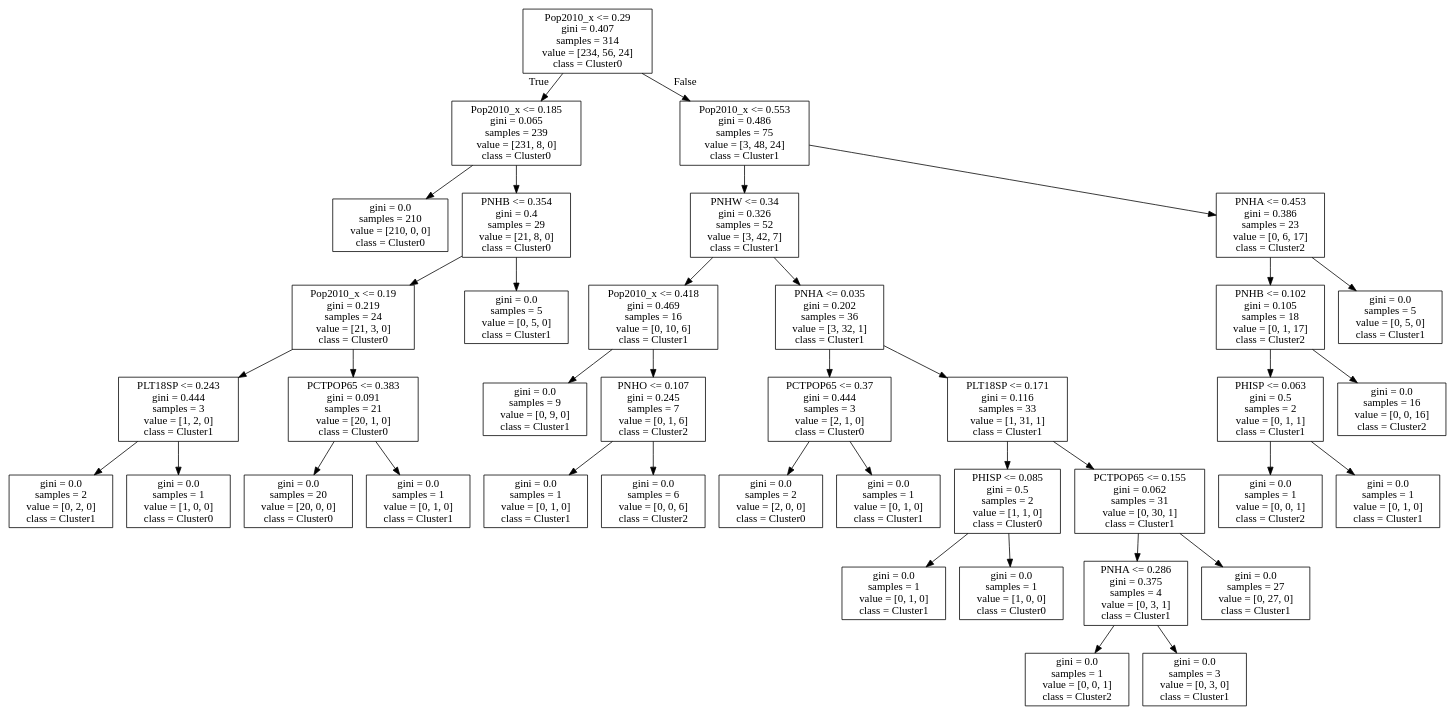
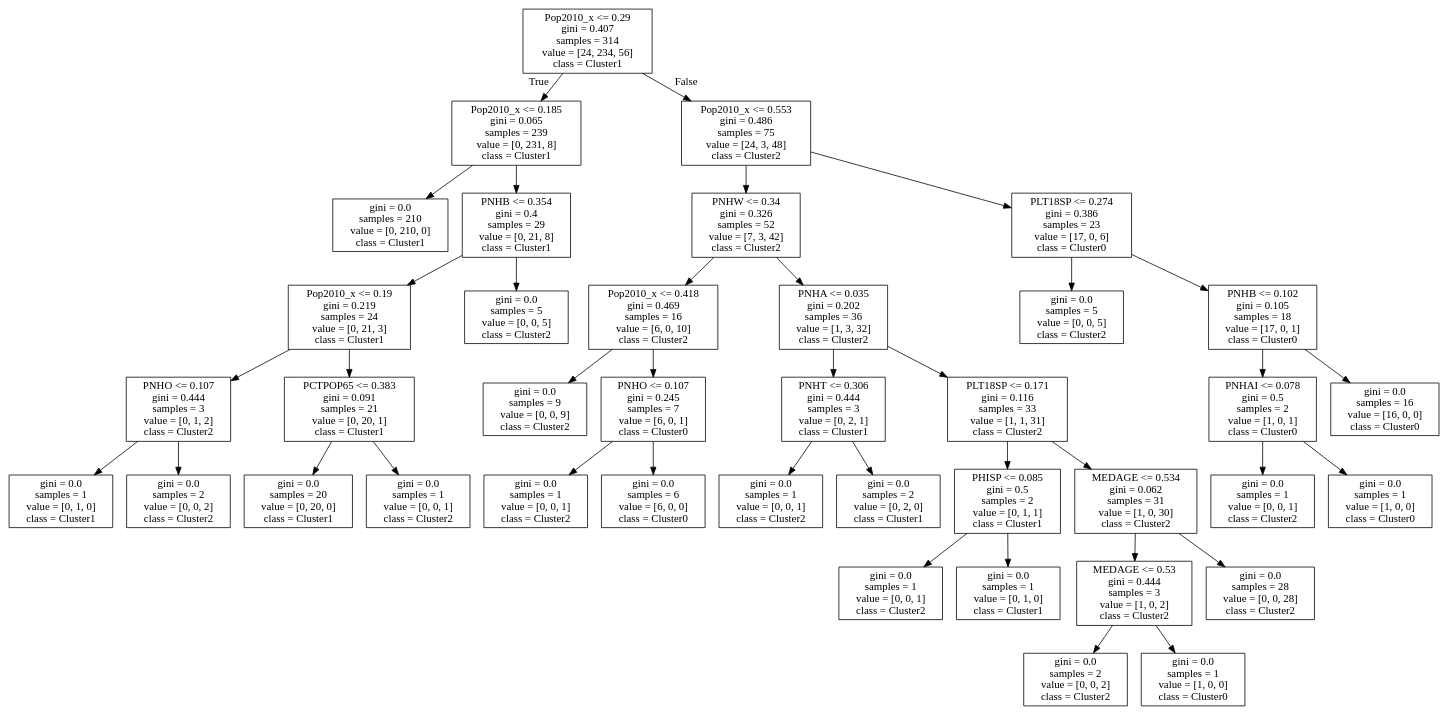
Before and after one commit to arunkulkarni95/COSC467_FinalProject: the diagram in tree.dot, drawn with Graphviz. The commit also changed 5 other files, not shown here.

```diff
--- a/tree.dot
+++ b/tree.dot
@@ -1,80 +1,80 @@
 digraph Tree {
 node [shape=box] ;
-0 [label="Pop2010_x <= 0.29\ngini = 0.407\nsamples = 314\nvalue = [234, 56, 24]\nclass = Cluster0"] ;
-1 [label="Pop2010_x <= 0.185\ngini = 0.065\nsamples = 239\nvalue = [231, 8, 0]\nclass = Cluster0"] ;
+0 [label="Pop2010_x <= 0.29\ngini = 0.407\nsamples = 314\nvalue = [24, 234, 56]\nclass = Cluster1"] ;
+1 [label="Pop2010_x <= 0.185\ngini = 0.065\nsamples = 239\nvalue = [0, 231, 8]\nclass = Cluster1"] ;
 0 -> 1 [labeldistance=2.5, labelangle=45, headlabel="True"] ;
-2 [label="gini = 0.0\nsamples = 210\nvalue = [210, 0, 0]\nclass = Cluster0"] ;
+2 [label="gini = 0.0\nsamples = 210\nvalue = [0, 210, 0]\nclass = Cluster1"] ;
 1 -> 2 ;
-3 [label="PNHB <= 0.354\ngini = 0.4\nsamples = 29\nvalue = [21, 8, 0]\nclass = Cluster0"] ;
+3 [label="PNHB <= 0.354\ngini = 0.4\nsamples = 29\nvalue = [0, 21, 8]\nclass = Cluster1"] ;
 1 -> 3 ;
-4 [label="Pop2010_x <= 0.19\ngini = 0.219\nsamples = 24\nvalue = [21, 3, 0]\nclass = Cluster0"] ;
+4 [label="Pop2010_x <= 0.19\ngini = 0.219\nsamples = 24\nvalue = [0, 21, 3]\nclass = Cluster1"] ;
 3 -> 4 ;
-5 [label="PLT18SP <= 0.243\ngini = 0.444\nsamples = 3\nvalue = [1, 2, 0]\nclass = Cluster1"] ;
+5 [label="PNHO <= 0.107\ngini = 0.444\nsamples = 3\nvalue = [0, 1, 2]\nclass = Cluster2"] ;
 4 -> 5 ;
-6 [label="gini = 0.0\nsamples = 2\nvalue = [0, 2, 0]\nclass = Cluster1"] ;
+6 [label="gini = 0.0\nsamples = 1\nvalue = [0, 1, 0]\nclass = Cluster1"] ;
 5 -> 6 ;
-7 [label="gini = 0.0\nsamples = 1\nvalue = [1, 0, 0]\nclass = Cluster0"] ;
+7 [label="gini = 0.0\nsamples = 2\nvalue = [0, 0, 2]\nclass = Cluster2"] ;
 5 -> 7 ;
-8 [label="PCTPOP65 <= 0.383\ngini = 0.091\nsamples = 21\nvalue = [20, 1, 0]\nclass = Cluster0"] ;
+8 [label="PCTPOP65 <= 0.383\ngini = 0.091\nsamples = 21\nvalue = [0, 20, 1]\nclass = Cluster1"] ;
 4 -> 8 ;
-9 [label="gini = 0.0\nsamples = 20\nvalue = [20, 0, 0]\nclass = Cluster0"] ;
+9 [label="gini = 0.0\nsamples = 20\nvalue = [0, 20, 0]\nclass = Cluster1"] ;
 8 -> 9 ;
-10 [label="gini = 0.0\nsamples = 1\nvalue = [0, 1, 0]\nclass = Cluster1"] ;
+10 [label="gini = 0.0\nsamples = 1\nvalue = [0, 0, 1]\nclass = Cluster2"] ;
 8 -> 10 ;
-11 [label="gini = 0.0\nsamples = 5\nvalue = [0, 5, 0]\nclass = Cluster1"] ;
+11 [label="gini = 0.0\nsamples = 5\nvalue = [0, 0, 5]\nclass = Cluster2"] ;
 3 -> 11 ;
-12 [label="Pop2010_x <= 0.553\ngini = 0.486\nsamples = 75\nvalue = [3, 48, 24]\nclass = Cluster1"] ;
+12 [label="Pop2010_x <= 0.553\ngini = 0.486\nsamples = 75\nvalue = [24, 3, 48]\nclass = Cluster2"] ;
 0 -> 12 [labeldistance=2.5, labelangle=-45, headlabel="False"] ;
-13 [label="PNHW <= 0.34\ngini = 0.326\nsamples = 52\nvalue = [3, 42, 7]\nclass = Cluster1"] ;
+13 [label="PNHW <= 0.34\ngini = 0.326\nsamples = 52\nvalue = [7, 3, 42]\nclass = Cluster2"] ;
 12 -> 13 ;
-14 [label="Pop2010_x <= 0.418\ngini = 0.469\nsamples = 16\nvalue = [0, 10, 6]\nclass = Cluster1"] ;
+14 [label="Pop2010_x <= 0.418\ngini = 0.469\nsamples = 16\nvalue = [6, 0, 10]\nclass = Cluster2"] ;
 13 -> 14 ;
-15 [label="gini = 0.0\nsamples = 9\nvalue = [0, 9, 0]\nclass = Cluster1"] ;
+15 [label="gini = 0.0\nsamples = 9\nvalue = [0, 0, 9]\nclass = Cluster2"] ;
 14 -> 15 ;
-16 [label="PNHO <= 0.107\ngini = 0.245\nsamples = 7\nvalue = [0, 1, 6]\nclass = Cluster2"] ;
+16 [label="PNHO <= 0.107\ngini = 0.245\nsamples = 7\nvalue = [6, 0, 1]\nclass = Cluster0"] ;
 14 -> 16 ;
-17 [label="gini = 0.0\nsamples = 1\nvalue = [0, 1, 0]\nclass = Cluster1"] ;
+17 [label="gini = 0.0\nsamples = 1\nvalue = [0, 0, 1]\nclass = Cluster2"] ;
 16 -> 17 ;
-18 [label="gini = 0.0\nsamples = 6\nvalue = [0, 0, 6]\nclass = Cluster2"] ;
+18 [label="gini = 0.0\nsamples = 6\nvalue = [6, 0, 0]\nclass = Cluster0"] ;
 16 -> 18 ;
-19 [label="PNHA <= 0.035\ngini = 0.202\nsamples = 36\nvalue = [3, 32, 1]\nclass = Cluster1"] ;
+19 [label="PNHA <= 0.035\ngini = 0.202\nsamples = 36\nvalue = [1, 3, 32]\nclass = Cluster2"] ;
 13 -> 19 ;
-20 [label="PCTPOP65 <= 0.37\ngini = 0.444\nsamples = 3\nvalue = [2, 1, 0]\nclass = Cluster0"] ;
+20 [label="PNHT <= 0.306\ngini = 0.444\nsamples = 3\nvalue = [0, 2, 1]\nclass = Cluster1"] ;
 19 -> 20 ;
-21 [label="gini = 0.0\nsamples = 2\nvalue = [2, 0, 0]\nclass = Cluster0"] ;
+21 [label="gini = 0.0\nsamples = 1\nvalue = [0, 0, 1]\nclass = Cluster2"] ;
 20 -> 21 ;
-22 [label="gini = 0.0\nsamples = 1\nvalue = [0, 1, 0]\nclass = Cluster1"] ;
+22 [label="gini = 0.0\nsamples = 2\nvalue = [0, 2, 0]\nclass = Cluster1"] ;
 20 -> 22 ;
-23 [label="PLT18SP <= 0.171\ngini = 0.116\nsamples = 33\nvalue = [1, 31, 1]\nclass = Cluster1"] ;
+23 [label="PLT18SP <= 0.171\ngini = 0.116\nsamples = 33\nvalue = [1, 1, 31]\nclass = Cluster2"] ;
 19 -> 23 ;
-24 [label="PHISP <= 0.085\ngini = 0.5\nsamples = 2\nvalue = [1, 1, 0]\nclass = Cluster0"] ;
+24 [label="PHISP <= 0.085\ngini = 0.5\nsamples = 2\nvalue = [0, 1, 1]\nclass = Cluster1"] ;
 23 -> 24 ;
-25 [label="gini = 0.0\nsamples = 1\nvalue = [0, 1, 0]\nclass = Cluster1"] ;
+25 [label="gini = 0.0\nsamples = 1\nvalue = [0, 0, 1]\nclass = Cluster2"] ;
 24 -> 25 ;
-26 [label="gini = 0.0\nsamples = 1\nvalue = [1, 0, 0]\nclass = Cluster0"] ;
+26 [label="gini = 0.0\nsamples = 1\nvalue = [0, 1, 0]\nclass = Cluster1"] ;
 24 -> 26 ;
-27 [label="PCTPOP65 <= 0.155\ngini = 0.062\nsamples = 31\nvalue = [0, 30, 1]\nclass = Cluster1"] ;
+27 [label="MEDAGE <= 0.534\ngini = 0.062\nsamples = 31\nvalue = [1, 0, 30]\nclass = Cluster2"] ;
 23 -> 27 ;
-28 [label="PNHA <= 0.286\ngini = 0.375\nsamples = 4\nvalue = [0, 3, 1]\nclass = Cluster1"] ;
+28 [label="MEDAGE <= 0.53\ngini = 0.444\nsamples = 3\nvalue = [1, 0, 2]\nclass = Cluster2"] ;
 27 -> 28 ;
-29 [label="gini = 0.0\nsamples = 1\nvalue = [0, 0, 1]\nclass = Cluster2"] ;
+29 [label="gini = 0.0\nsamples = 2\nvalue = [0, 0, 2]\nclass = Cluster2"] ;
 28 -> 29 ;
-30 [label="gini = 0.0\nsamples = 3\nvalue = [0, 3, 0]\nclass = Cluster1"] ;
+30 [label="gini = 0.0\nsamples = 1\nvalue = [1, 0, 0]\nclass = Cluster0"] ;
 28 -> 30 ;
-31 [label="gini = 0.0\nsamples = 27\nvalue = [0, 27, 0]\nclass = Cluster1"] ;
+31 [label="gini = 0.0\nsamples = 28\nvalue = [0, 0, 28]\nclass = Cluster2"] ;
 27 -> 31 ;
-32 [label="PNHA <= 0.453\ngini = 0.386\nsamples = 23\nvalue = [0, 6, 17]\nclass = Cluster2"] ;
+32 [label="PLT18SP <= 0.274\ngini = 0.386\nsamples = 23\nvalue = [17, 0, 6]\nclass = Cluster0"] ;
 12 -> 32 ;
-33 [label="PNHB <= 0.102\ngini = 0.105\nsamples = 18\nvalue = [0, 1, 17]\nclass = Cluster2"] ;
+33 [label="gini = 0.0\nsamples = 5\nvalue = [0, 0, 5]\nclass = Cluster2"] ;
 32 -> 33 ;
-34 [label="PHISP <= 0.063\ngini = 0.5\nsamples = 2\nvalue = [0, 1, 1]\nclass = Cluster1"] ;
-33 -> 34 ;
-35 [label="gini = 0.0\nsamples = 1\nvalue = [0, 0, 1]\nclass = Cluster2"] ;
+34 [label="PNHB <= 0.102\ngini = 0.105\nsamples = 18\nvalue = [17, 0, 1]\nclass = Cluster0"] ;
+32 -> 34 ;
+35 [label="PNHAI <= 0.078\ngini = 0.5\nsamples = 2\nvalue = [1, 0, 1]\nclass = Cluster0"] ;
 34 -> 35 ;
-36 [label="gini = 0.0\nsamples = 1\nvalue = [0, 1, 0]\nclass = Cluster1"] ;
-34 -> 36 ;
-37 [label="gini = 0.0\nsamples = 16\nvalue = [0, 0, 16]\nclass = Cluster2"] ;
-33 -> 37 ;
-38 [label="gini = 0.0\nsamples = 5\nvalue = [0, 5, 0]\nclass = Cluster1"] ;
-32 -> 38 ;
+36 [label="gini = 0.0\nsamples = 1\nvalue = [0, 0, 1]\nclass = Cluster2"] ;
+35 -> 36 ;
+37 [label="gini = 0.0\nsamples = 1\nvalue = [1, 0, 0]\nclass = Cluster0"] ;
+35 -> 37 ;
+38 [label="gini = 0.0\nsamples = 16\nvalue = [16, 0, 0]\nclass = Cluster0"] ;
+34 -> 38 ;
 }
```
